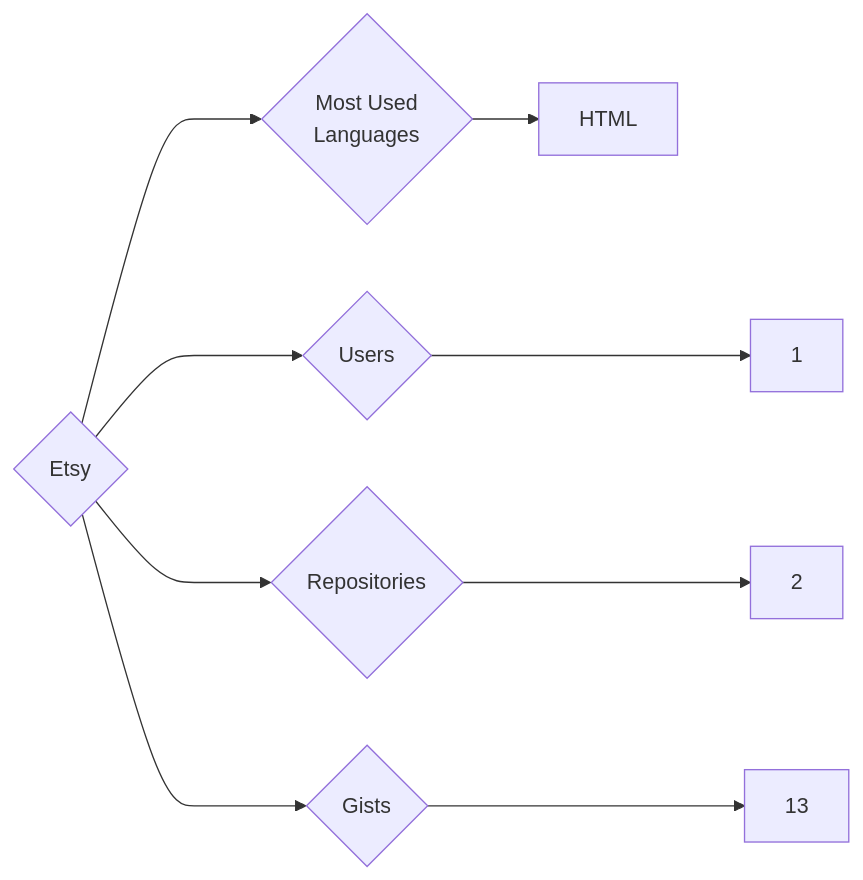
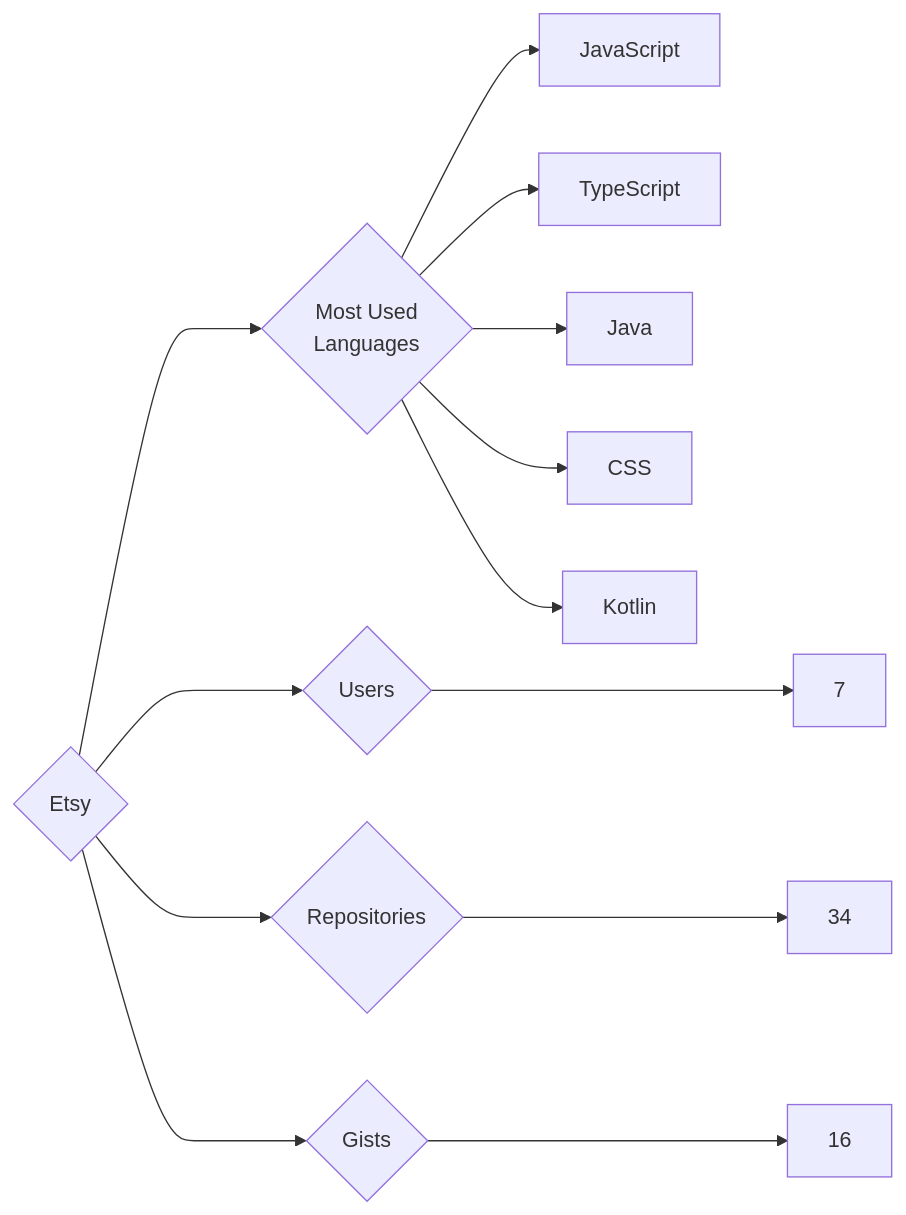
One commit to trickest/insiders changed the diagram in targets/Etsy/README.md. Above: the diagram before and after it, drawn with Mermaid. The commit also changed 873 other files, not shown here.

````diff
--- a/targets/Etsy/README.md
+++ b/targets/Etsy/README.md
@@ -3,9 +3,13 @@
 ```mermaid
 graph LR
 COMPANY_NAME{Etsy}
-COMPANY_NAME ---> U{Users} ---> UN[1]
-COMPANY_NAME ---> R{Repositories} ---> RN[2]
-COMPANY_NAME ---> G{Gists} ---> GN[13]
+COMPANY_NAME ---> U{Users} ---> UN[7]
+COMPANY_NAME ---> R{Repositories} ---> RN[34]
+COMPANY_NAME ---> G{Gists} ---> GN[16]
 COMPANY_NAME ---> ML{Most Used<br>Languages}
-ML --> HTML[HTML]
+ML --> JavaScript[JavaScript]
+ML --> TypeScript[TypeScript]
+ML --> Java[Java]
+ML --> CSS[CSS]
+ML --> Kotlin[Kotlin]
 ```
````
